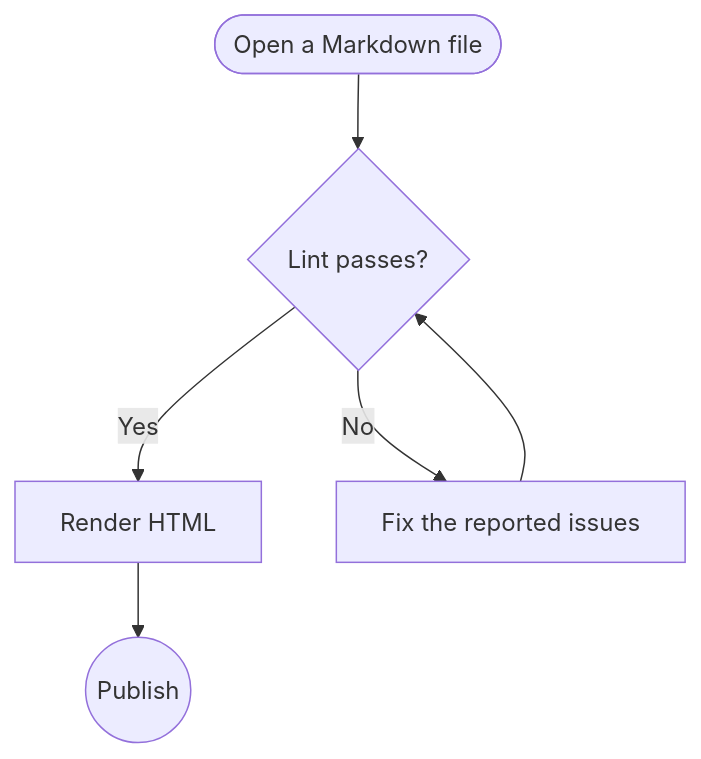
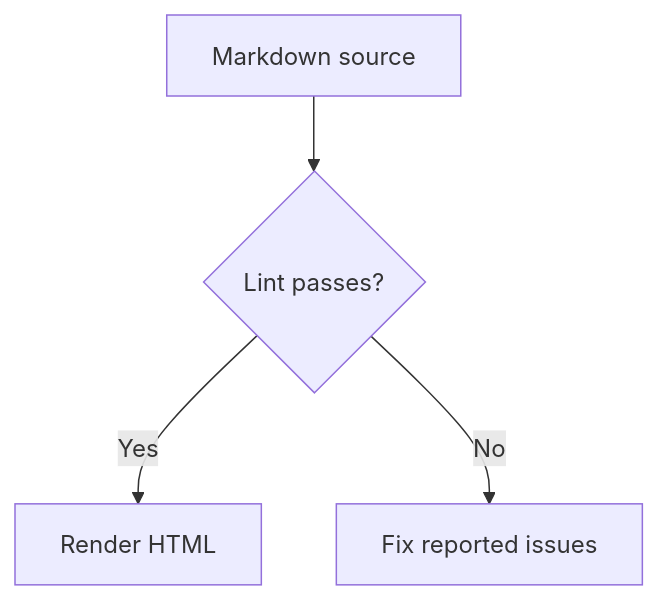
The first of 7 diagrams in Docs/Features/Diagrams.md (capjan/markdown-util), drawn with Mermaid before and after one commit. The commit also changed other lines of this file and 3 other files, not shown here.

Commit message:
docs: restructure the diagrams page

````diff
--- a/Docs/Features/Diagrams.md
+++ b/Docs/Features/Diagrams.md
@@ -42,8 +35,7 @@
 ```mermaid
 flowchart TD
-    Start([Open a Markdown file]) --> Lint{Lint passes?}
+    accTitle: Documentation workflow
+    Source[Markdown source] --> Lint{Lint passes?}
     Lint -->|Yes| Render[Render HTML]
-    Lint -->|No| Fix[Fix the reported issues]
-    Fix --> Lint
-    Render --> Publish((Publish))
+    Lint -->|No| Fix[Fix reported issues]
 ```
````
